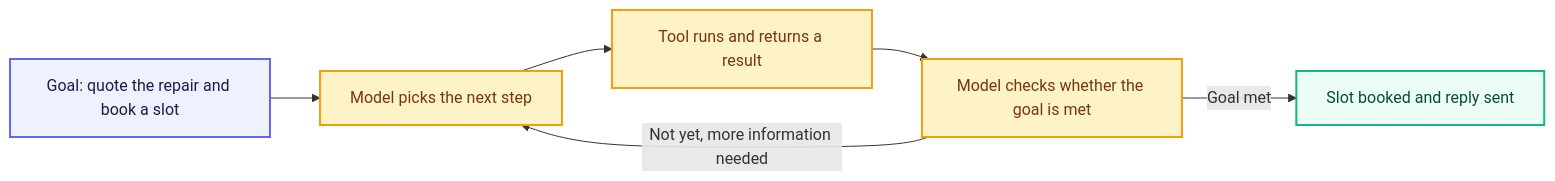
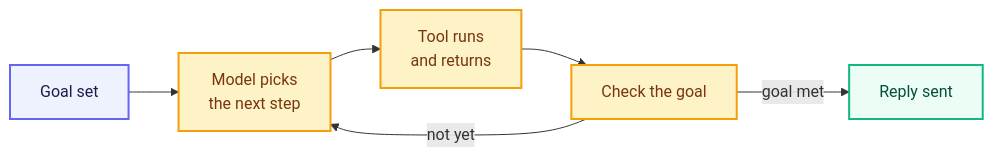
The third of 3 diagrams in modules/m2-introduction-to-ai-systems/unit-m2-2-the-2026-ai-stack.md (VishnuKumpati/Python-foundations), drawn with Mermaid before and after one commit. The commit also changed other lines of this file, not shown here.

````diff
--- a/modules/m2-introduction-to-ai-systems/unit-m2-2-the-2026-ai-stack.md
+++ b/modules/m2-introduction-to-ai-systems/unit-m2-2-the-2026-ai-stack.md
@@ -198,16 +207,16 @@
 ```mermaid
 flowchart LR
-    A[Goal: quote the repair and book a slot] --> B[Model picks the next step]
-    B --> C[Tool runs and returns a result]
-    C --> D[Model checks whether the goal is met]
-    D -- Not yet, more information needed --> B
-    D -- Goal met --> E[Slot booked and reply sent]
+    A[Goal set] --> B[Model picks<br/>the next step]
+    B --> C[Tool runs<br/>and returns]
+    C --> D[Check the goal]
+    D -- not yet --> B
+    D -- goal met --> E[Reply sent]
 
     classDef ask fill:#EEF2FF,stroke:#6366F1,stroke-width:2px,color:#1E1B4B
     classDef work fill:#FEF3C7,stroke:#F59E0B,stroke-width:2px,color:#78350F
     classDef out fill:#ECFDF5,stroke:#10B981,stroke-width:2px,color:#064E3B
 
     class A ask
     class B,C,D work
     class E out
 ```
````
